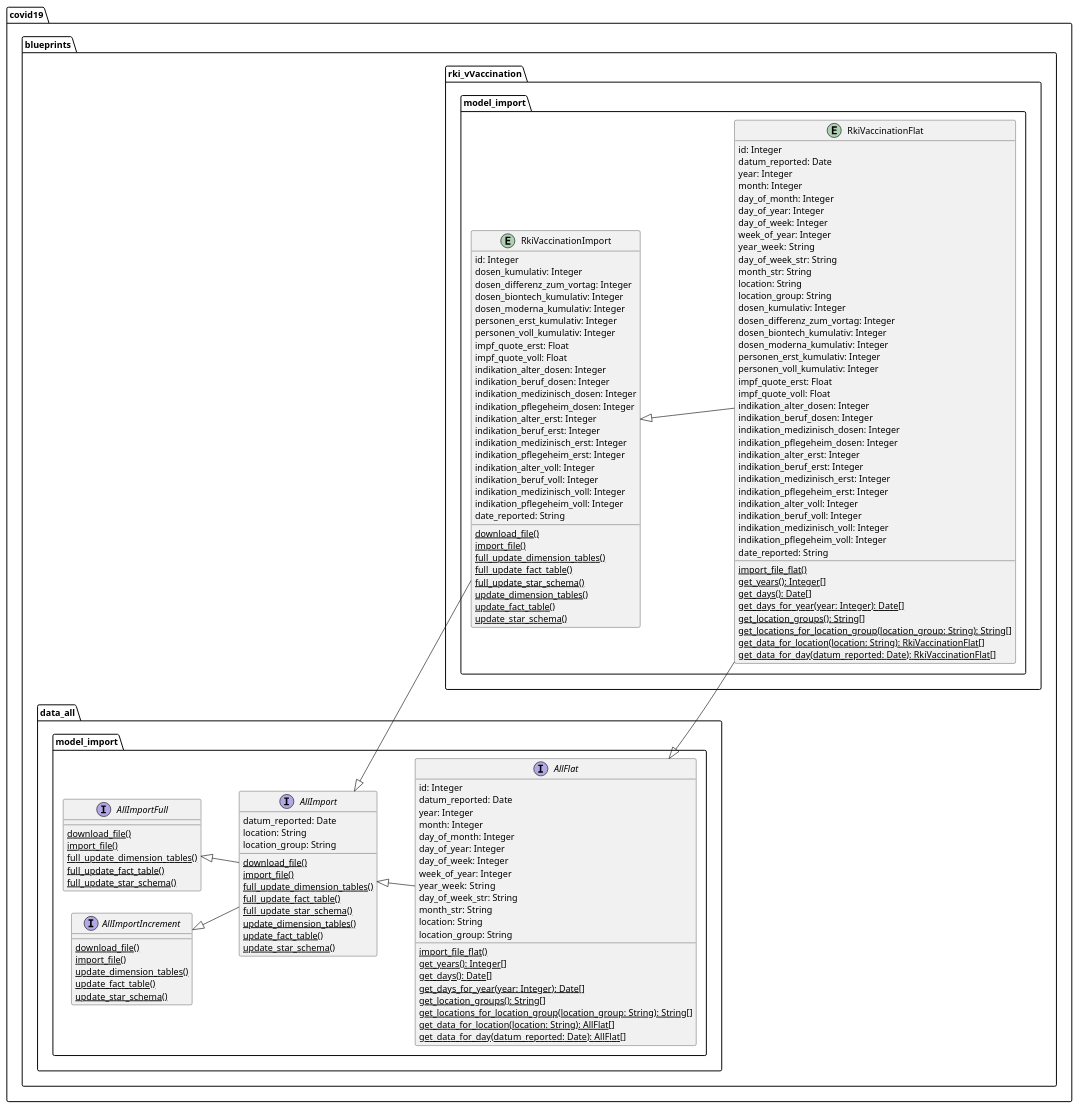
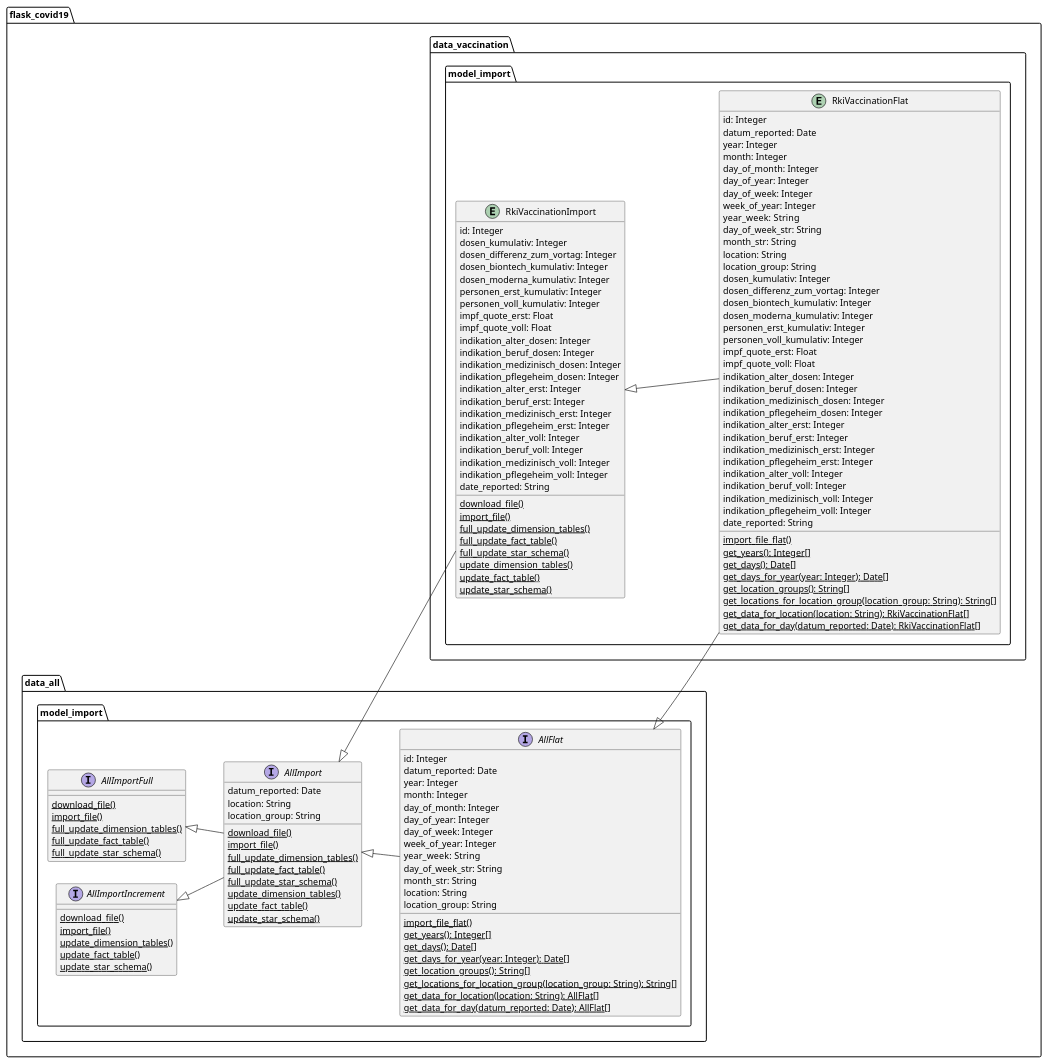
Before and after one commit to thomaswoehlke/flask_covid19: the diagram in docs/blueprints/data_vaccination/uml/rki_vaccination_domain_model_import.puml, drawn with PlantUML. The commit also changed 3 other files, not shown here.

```diff
--- a/docs/blueprints/data_vaccination/uml/rki_vaccination_domain_model_import.puml
+++ b/docs/blueprints/data_vaccination/uml/rki_vaccination_domain_model_import.puml
@@ -1,148 +1,148 @@
 @startuml
 left to right direction
 
-package covid19.blueprints.data_all.model_import {
+package flask_covid19.data_all.model_import {
 
 	interface AllImportFull {
 		{classifier} download_file()
 		{classifier} import_file()
 		{classifier} full_update_dimension_tables()
 		{classifier} full_update_fact_table()
 		{classifier} full_update_star_schema()
 	}
 
 	interface AllImportIncrement {
 		{classifier} download_file()
 		{classifier} import_file()
 		{classifier} update_dimension_tables()
 		{classifier} update_fact_table()
 		{classifier} update_star_schema()
 	}
 
 	interface AllImport {
 	    datum_reported: Date
 		location: String
 		location_group: String
 		{classifier} download_file()
 		{classifier} import_file()
 		{classifier} full_update_dimension_tables()
 		{classifier} full_update_fact_table()
 		{classifier} full_update_star_schema()
 		{classifier} update_dimension_tables()
 		{classifier} update_fact_table()
 		{classifier} update_star_schema()
 	}
 
 	interface AllFlat {
 	    id: Integer
 	    datum_reported: Date
 	    year: Integer
 	    month: Integer
 	    day_of_month: Integer
 		day_of_year: Integer
 	    day_of_week: Integer
 	    week_of_year: Integer
 	    year_week:  String
 	    day_of_week_str: String
 		month_str: String
 		location: String
 		location_group: String
 		{classifier} import_file_flat()
 		{classifier} get_years(): Integer[]
 		{classifier} get_days(): Date[]
 		{classifier} get_days_for_year(year: Integer): Date[]
 		{classifier} get_location_groups(): String[]
 		{classifier} get_locations_for_location_group(location_group: String): String[]
 		{classifier} get_data_for_location(location: String): AllFlat[]
 		{classifier} get_data_for_day(datum_reported: Date): AllFlat[]
 	}
 }
 
-package covid19.blueprints.rki_vVaccination.model_import {
+package flask_covid19.data_vaccination.model_import {
 
 	entity RkiVaccinationImport {
 	    id: Integer
 	    dosen_kumulativ: Integer
 	    dosen_differenz_zum_vortag: Integer
 	    dosen_biontech_kumulativ: Integer
 	    dosen_moderna_kumulativ: Integer
 	    personen_erst_kumulativ: Integer
 	    personen_voll_kumulativ: Integer
 	    impf_quote_erst: Float
 	    impf_quote_voll: Float
 	    indikation_alter_dosen: Integer
 	    indikation_beruf_dosen: Integer
 	    indikation_medizinisch_dosen: Integer
 	    indikation_pflegeheim_dosen: Integer
 	    indikation_alter_erst: Integer
 	    indikation_beruf_erst: Integer
 	    indikation_medizinisch_erst: Integer
 	    indikation_pflegeheim_erst: Integer
 	    indikation_alter_voll: Integer
 	    indikation_beruf_voll: Integer
 	    indikation_medizinisch_voll: Integer
 	    indikation_pflegeheim_voll: Integer
 	    date_reported: String
 		{classifier} download_file()
 		{classifier} import_file()
 		{classifier} full_update_dimension_tables()
 		{classifier} full_update_fact_table()
 		{classifier} full_update_star_schema()
 		{classifier} update_dimension_tables()
 		{classifier} update_fact_table()
 		{classifier} update_star_schema()
 	}
 
 	entity RkiVaccinationFlat {
 	    id: Integer
 	    datum_reported: Date
 	    year: Integer
 	    month: Integer
 	    day_of_month: Integer
 		day_of_year: Integer
 	    day_of_week: Integer
 	    week_of_year: Integer
 	    year_week:  String
 	    day_of_week_str: String
 		month_str: String
 		location: String
 		location_group: String
 	    dosen_kumulativ: Integer
 	    dosen_differenz_zum_vortag: Integer
 	    dosen_biontech_kumulativ: Integer
 	    dosen_moderna_kumulativ: Integer
 	    personen_erst_kumulativ: Integer
 	    personen_voll_kumulativ: Integer
 	    impf_quote_erst: Float
 	    impf_quote_voll: Float
 	    indikation_alter_dosen: Integer
 	    indikation_beruf_dosen: Integer
 	    indikation_medizinisch_dosen: Integer
 	    indikation_pflegeheim_dosen: Integer
 	    indikation_alter_erst: Integer
 	    indikation_beruf_erst: Integer
 	    indikation_medizinisch_erst: Integer
 	    indikation_pflegeheim_erst: Integer
 	    indikation_alter_voll: Integer
 	    indikation_beruf_voll: Integer
 	    indikation_medizinisch_voll: Integer
 	    indikation_pflegeheim_voll: Integer
 	    date_reported: String
 		{classifier} import_file_flat()
 		{classifier} get_years(): Integer[]
 		{classifier} get_days(): Date[]
 		{classifier} get_days_for_year(year: Integer): Date[]
 		{classifier} get_location_groups(): String[]
 		{classifier} get_locations_for_location_group(location_group: String): String[]
 		{classifier} get_data_for_location(location: String): RkiVaccinationFlat[]
 		{classifier} get_data_for_day(datum_reported: Date): RkiVaccinationFlat[]
 	}
 }
 
 AllImportFull <|-- AllImport
 AllImportIncrement <|-- AllImport
 AllImport <|-- AllFlat
 AllImport <|-- RkiVaccinationImport
 AllFlat <|-- RkiVaccinationFlat
 RkiVaccinationImport <|-- RkiVaccinationFlat
 @enduml
```
